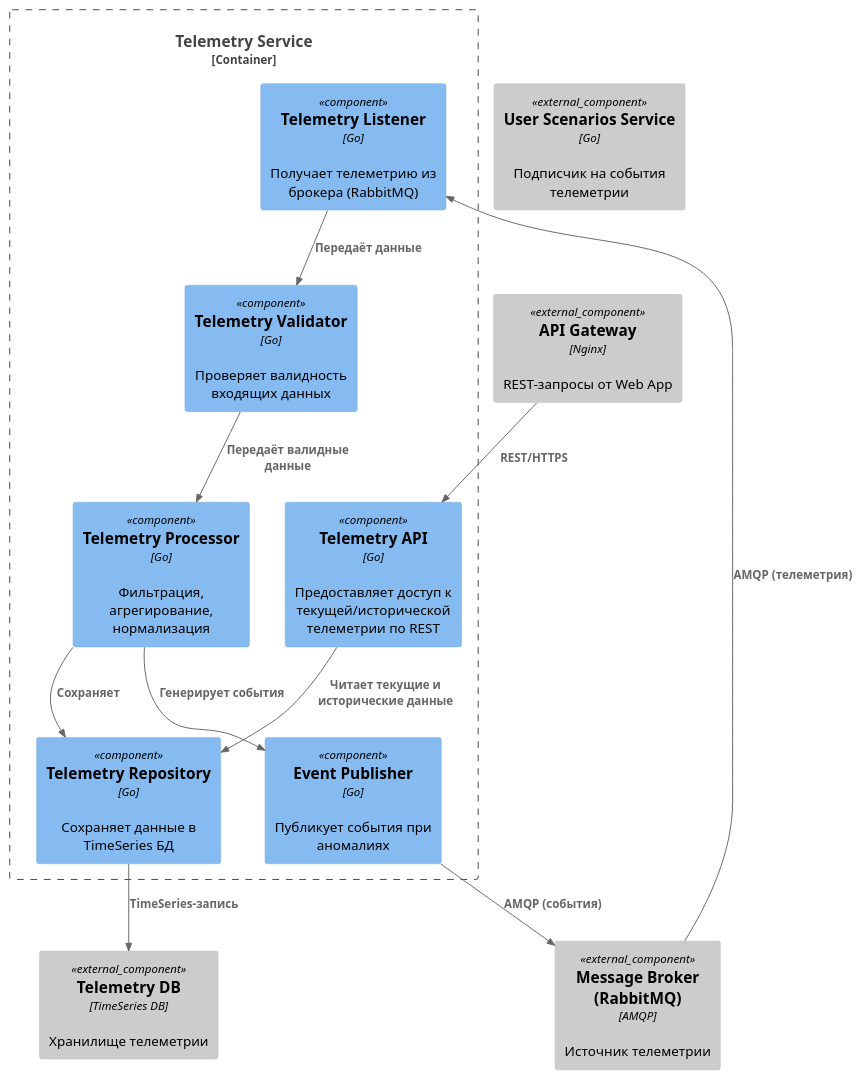
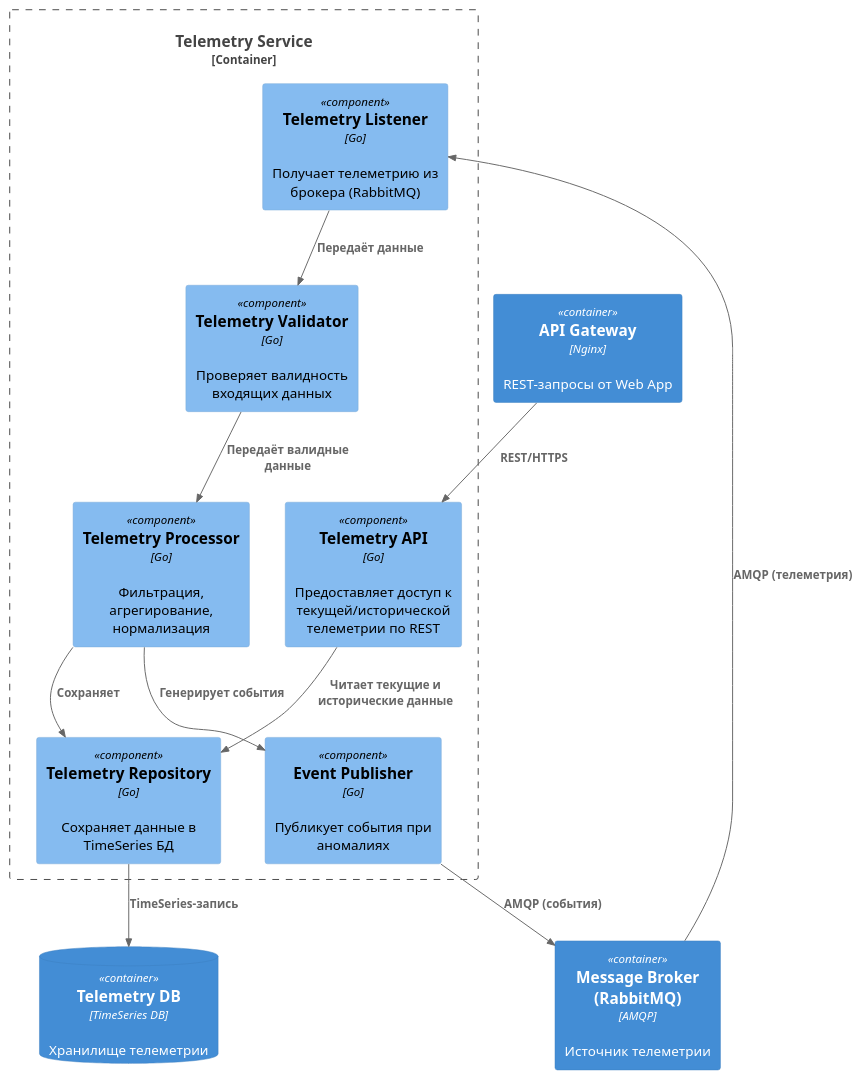
The diagram in docs/diagrams/components/TelemetryService.puml (ZhurkinAngular/Warmhouse), drawn with PlantUML before and after one commit. The commit also changed 4 other files, not shown here.

Commit message:
Update diagrams

```diff
--- a/docs/diagrams/components/TelemetryService.puml
+++ b/docs/diagrams/components/TelemetryService.puml
@@ -1,31 +1,29 @@
 @startuml
 !include <C4/C4_Component>
 
 Container_Boundary(telemetry, "Telemetry Service") {
-
   Component(telemetryListener, "Telemetry Listener", "Go", "Получает телеметрию из брокера (RabbitMQ)")
   Component(telemetryValidator, "Telemetry Validator", "Go", "Проверяет валидность входящих данных")
   Component(telemetryProcessor, "Telemetry Processor", "Go", "Фильтрация, агрегирование, нормализация")
   Component(telemetryRepo, "Telemetry Repository", "Go", "Сохраняет данные в TimeSeries БД")
   Component(telemetryApi, "Telemetry API", "Go", "Предоставляет доступ к текущей/исторической телеметрии по REST")
   Component(eventPublisher, "Event Publisher", "Go", "Публикует события при аномалиях")
 }
 
-Component_Ext(messageBrokerExt, "Message Broker (RabbitMQ)", "AMQP", "Источник телеметрии")
-Component_Ext(apiGatewayExt, "API Gateway", "Nginx", "REST-запросы от Web App")
-Component_Ext(telemetryDbExt, "Telemetry DB", "TimeSeries DB", "Хранилище телеметрии")
-Component_Ext(userScenariosExt, "User Scenarios Service", "Go", "Подписчик на события телеметрии")
+Container(messageBroker, "Message Broker (RabbitMQ)", "AMQP", "Источник телеметрии")
+Container(apiGateway, "API Gateway", "Nginx", "REST-запросы от Web App")
+ContainerDb(telemetryDb, "Telemetry DB", "TimeSeries DB", "Хранилище телеметрии")
 
-Rel(messageBrokerExt, telemetryListener, "AMQP (телеметрия)")
+Rel(messageBroker, telemetryListener, "AMQP (телеметрия)")
 Rel(telemetryListener, telemetryValidator, "Передаёт данные")
 Rel(telemetryValidator, telemetryProcessor, "Передаёт валидные данные")
 Rel(telemetryProcessor, telemetryRepo, "Сохраняет")
 Rel(telemetryProcessor, eventPublisher, "Генерирует события")
-Rel(eventPublisher, messageBrokerExt, "AMQP (события)")
+Rel(eventPublisher, messageBroker, "AMQP (события)")
 
-Rel(apiGatewayExt, telemetryApi, "REST/HTTPS")
+Rel(apiGateway, telemetryApi, "REST/HTTPS")
 Rel(telemetryApi, telemetryRepo, "Читает текущие и исторические данные")
 
-Rel(telemetryRepo, telemetryDbExt, "TimeSeries-запись")
+Rel(telemetryRepo, telemetryDb, "TimeSeries-запись")
 
 @enduml
```
